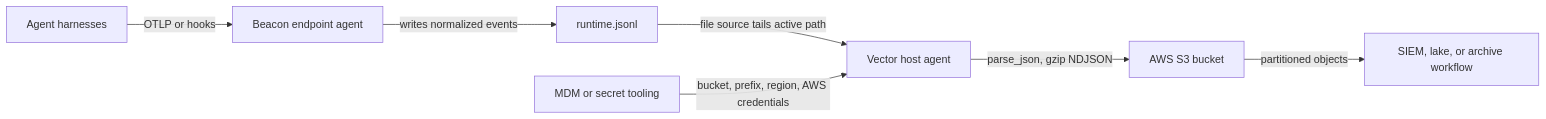
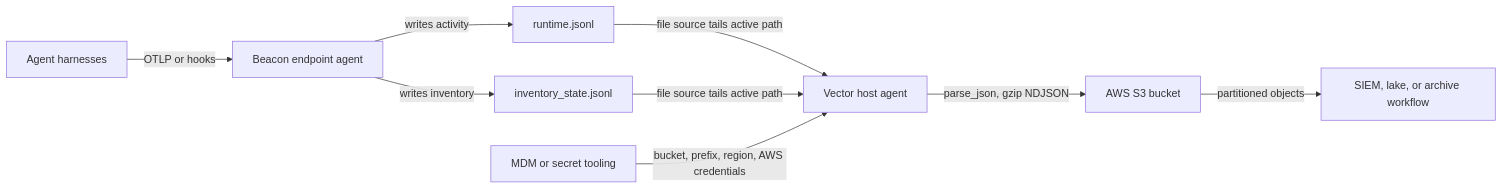
Before and after one commit to Asymptote-Labs/agent-beacon: the diagram in docs/log-forwarding/s3.mdx, drawn with Mermaid. The commit also changed other lines of this file and 29 other files, not shown here.

````diff
--- a/docs/log-forwarding/s3.mdx
+++ b/docs/log-forwarding/s3.mdx
@@ -94,9 +95,11 @@
 ```mermaid
 flowchart LR
   agentHarnesses["Agent harnesses"] -->|"OTLP or hooks"| beaconEndpoint["Beacon endpoint agent"]
-  beaconEndpoint -->|"writes normalized events"| runtimeLog["runtime.jsonl"]
+  beaconEndpoint -->|"writes activity"| runtimeLog["runtime.jsonl"]
+  beaconEndpoint -->|"writes inventory"| inventoryLog["inventory_state.jsonl"]
   runtimeLog -->|"file source tails active path"| vectorAgent["Vector host agent"]
+  inventoryLog -->|"file source tails active path"| vectorAgent
   vectorAgent -->|"parse_json, gzip NDJSON"| s3Bucket["AWS S3 bucket"]
   s3Bucket -->|"partitioned objects"| downstreamSiem["SIEM, lake, or archive workflow"]
   endpointMgmt["MDM or secret tooling"] -->|"bucket, prefix, region, AWS credentials"| vectorAgent
 ```
````
